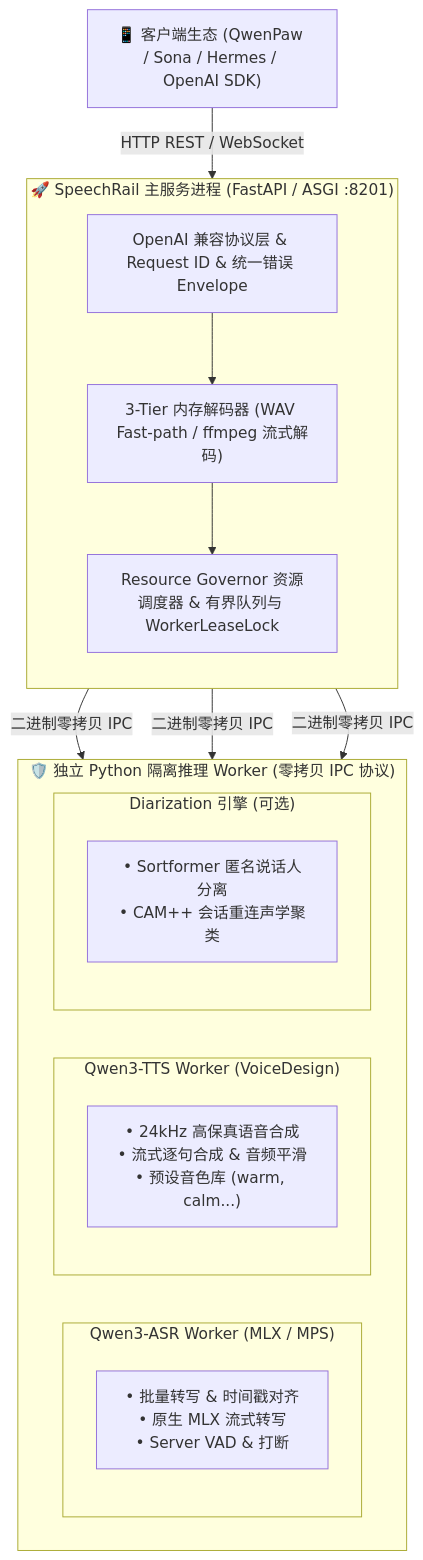
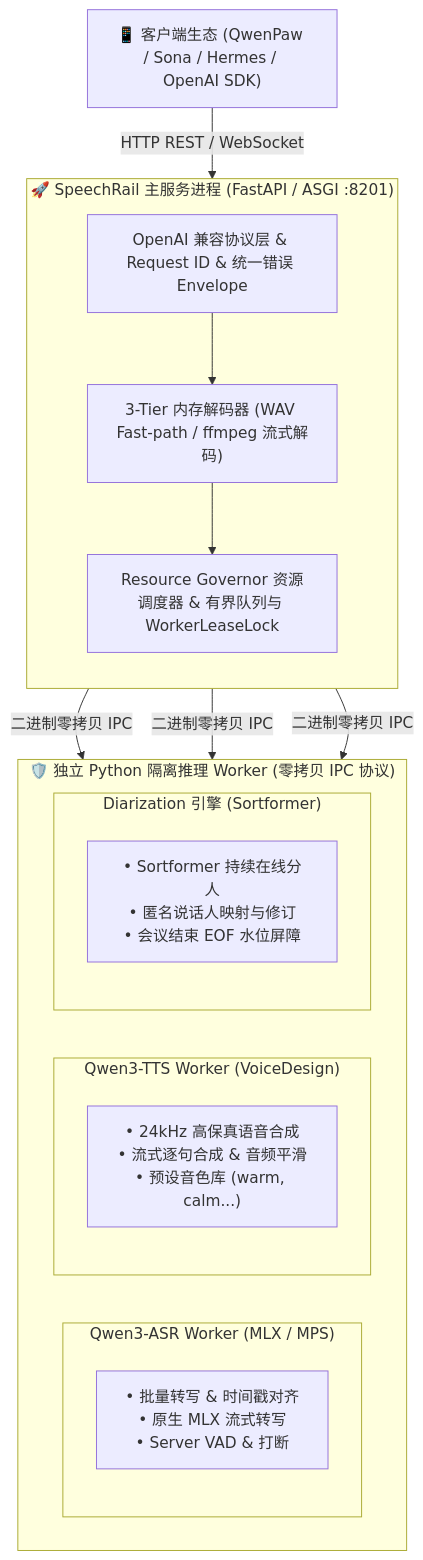
One commit to hrygo/SpeechRail changed the diagram in docs/README.md. Above: the diagram before and after it, drawn with Mermaid. The commit also changed other lines of this file and 5 other files, not shown here.

````diff
--- a/docs/README.md
+++ b/docs/README.md
@@ -43,30 +43,30 @@
 ```mermaid
 flowchart TD
     Client["📱 客户端生态 (QwenPaw / Sona / Hermes / OpenAI SDK)"]
 
     subgraph Host ["🚀 SpeechRail 主服务进程 (FastAPI / ASGI :8201)"]
         direction TB
         API["OpenAI 兼容协议层 & Request ID & 统一错误 Envelope"]
         Dec["3-Tier 内存解码器 (WAV Fast-path / ffmpeg 流式解码)"]
         Gov["Resource Governor 资源调度器 & 有界队列与 WorkerLeaseLock"]
         API --> Dec --> Gov
     end
 
     subgraph Workers ["🛡️ 独立 Python 隔离推理 Worker (零拷贝 IPC 协议)"]
         direction LR
         subgraph ASR_Box ["Qwen3-ASR Worker (MLX / MPS)"]
             ASR["• 批量转写 & 时间戳对齐<br/>• 原生 MLX 流式转写<br/>• Server VAD & 打断"]
         end
         subgraph TTS_Box ["Qwen3-TTS Worker (VoiceDesign)"]
             TTS["• 24kHz 高保真语音合成<br/>• 流式逐句合成 & 音频平滑<br/>• 预设音色库 (warm, calm...)"]
         end
-        subgraph Diar_Box ["Diarization 引擎 (可选)"]
-            Diar["• Sortformer 匿名说话人分离<br/>• CAM++ 会话重连声学聚类"]
+        subgraph Diar_Box ["Diarization 引擎 (Sortformer)"]
+            Diar["• Sortformer 持续在线分人<br/>• 匿名说话人映射与修订<br/>• 会议结束 EOF 水位屏障"]
         end
     end
 
     Client -->|"HTTP REST / WebSocket"| Host
     Gov -->|"二进制零拷贝 IPC"| ASR_Box
     Gov -->|"二进制零拷贝 IPC"| TTS_Box
     Gov -->|"二进制零拷贝 IPC"| Diar_Box
 ```
````
